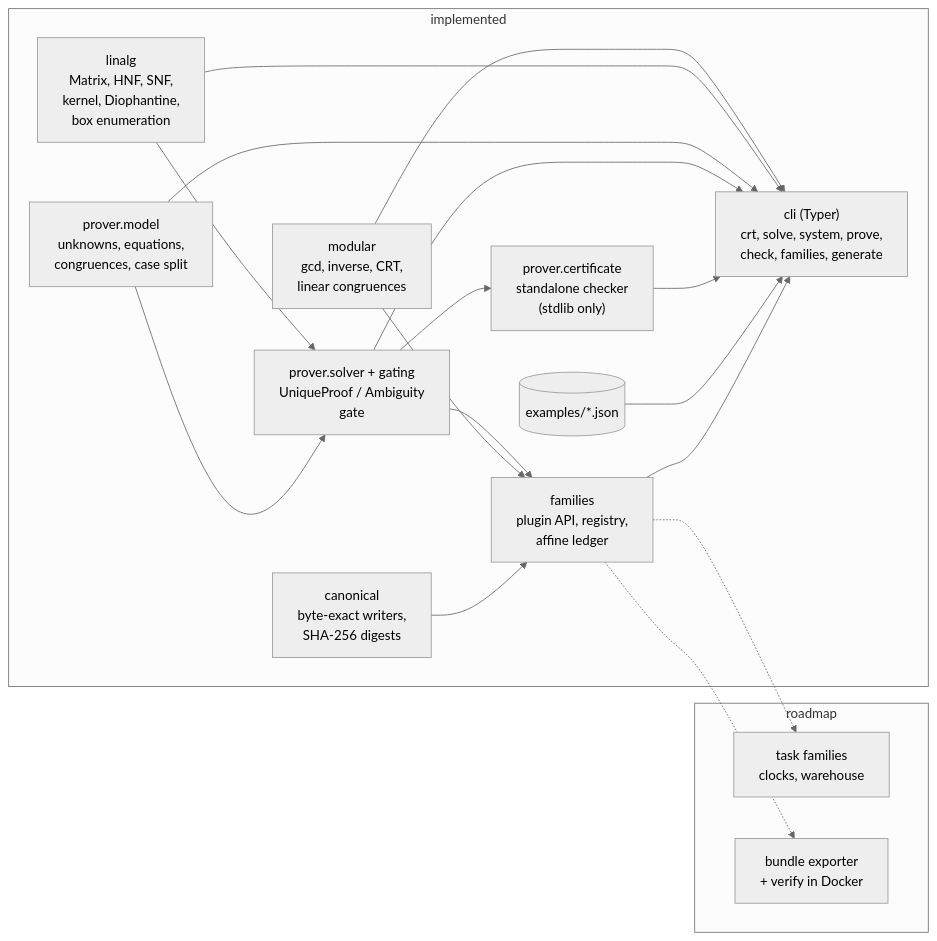
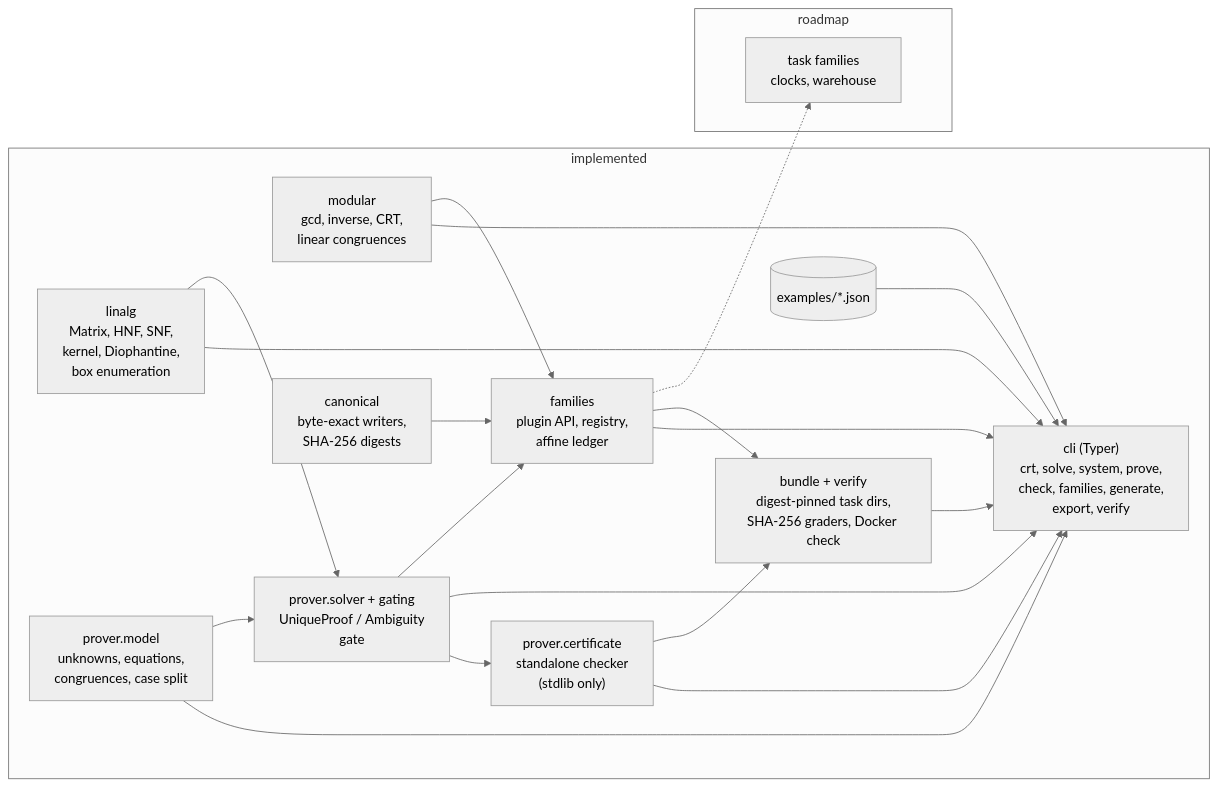
One commit to vipul21435/trapforge changed the diagram in README.md. Above: the diagram before and after it, drawn with Mermaid (neutral theme). The commit also changed other lines of this file and 5 other files, not shown here.

First line of the commit message:
docs: document task bundles, add export and verify to the demo, and mark slice 7 done

````diff
--- a/README.md
+++ b/README.md
@@ -408,33 +475,35 @@
 ```mermaid
 flowchart LR
     subgraph today["implemented"]
         MOD["modular<br/>gcd, inverse, CRT,<br/>linear congruences"]
         LIN["linalg<br/>Matrix, HNF, SNF,<br/>kernel, Diophantine,<br/>box enumeration"]
         MODEL["prover.model<br/>unknowns, equations,<br/>congruences, case split"]
         SOLVER["prover.solver + gating<br/>UniqueProof / Ambiguity<br/>gate"]
         CERT["prover.certificate<br/>standalone checker<br/>(stdlib only)"]
         CAN["canonical<br/>byte-exact writers,<br/>SHA-256 digests"]
         FAM["families<br/>plugin API, registry,<br/>affine ledger"]
-        CLI["cli (Typer)<br/>crt, solve, system, prove,<br/>check, families, generate"]
+        BUNDLE["bundle + verify<br/>digest-pinned task dirs,<br/>SHA-256 graders, Docker check"]
+        CLI["cli (Typer)<br/>crt, solve, system, prove,<br/>check, families, generate,<br/>export, verify"]
         EX[("examples/*.json")]
     end
     subgraph planned["roadmap"]
         MORE["task families<br/>clocks, warehouse"]
-        BUNDLE["bundle exporter<br/>+ verify in Docker"]
     end
     MOD --> CLI
     LIN --> CLI
     MODEL --> CLI
     LIN --> SOLVER
     MODEL --> SOLVER
     SOLVER --> CERT
     SOLVER --> CLI
     CERT --> CLI
     EX --> CLI
     SOLVER --> FAM
     MOD --> FAM
     CAN --> FAM
     FAM --> CLI
+    FAM --> BUNDLE
+    CERT --> BUNDLE
+    BUNDLE --> CLI
     FAM -.-> MORE
-    FAM -.-> BUNDLE
 ```
````
